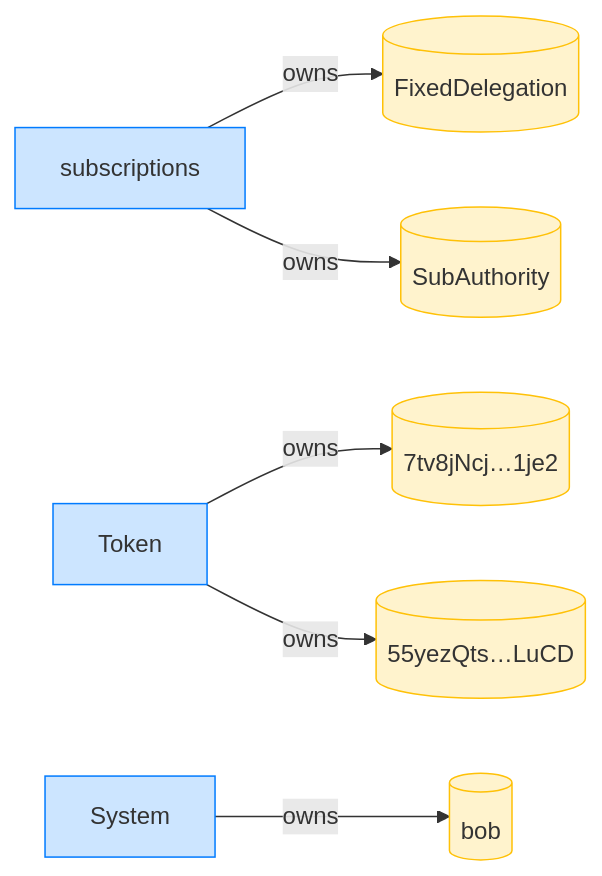
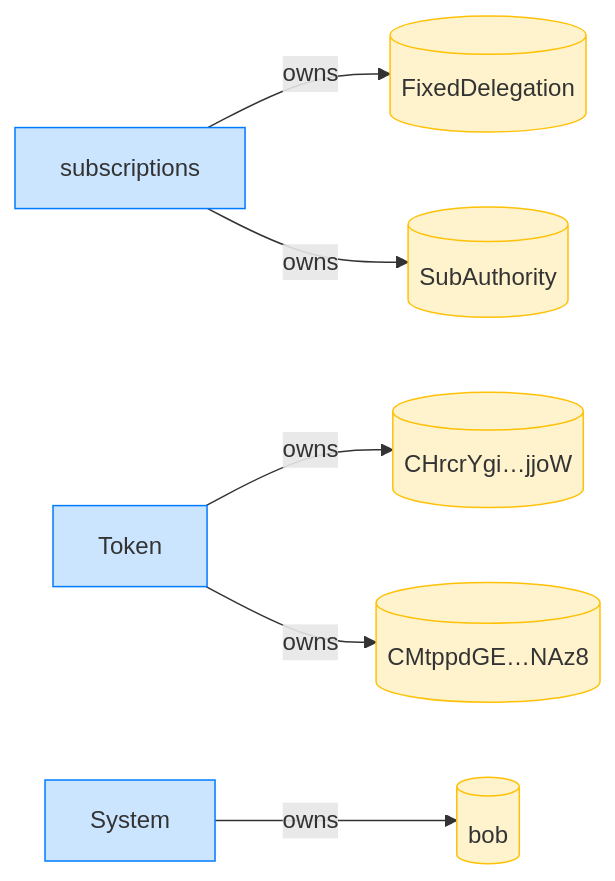
Diagram 12 of 12 in dsl_tests/fixed-transfer-within-the-drift-window-succeeds.md (cds-rs/subscriptions), drawn with Mermaid before and after one commit. The commit also changed other lines of this file and 224 other files, not shown here.

````diff
--- a/dsl_tests/fixed-transfer-within-the-drift-window-succeeds.md
+++ b/dsl_tests/fixed-transfer-within-the-drift-window-succeeds.md
@@ -230,18 +244,18 @@
 ```mermaid
 flowchart LR
     classDef owner fill:#cce5ff,stroke:#007bff;
     classDef account fill:#fff3cd,stroke:#ffc107;
     subscriptions[subscriptions]:::owner
     FixedDelegation[(FixedDelegation)]:::account
     SubAuthority[(SubAuthority)]:::account
     Token[Token]:::owner
-    7tv8jNcj_1je2[("7tv8jNcj…1je2")]:::account
-    55yezQts_LuCD[("55yezQts…LuCD")]:::account
+    CHrcrYgi_jjoW[("CHrcrYgi…jjoW")]:::account
+    CMtppdGE_NAz8[("CMtppdGE…NAz8")]:::account
     System[System]:::owner
     bob[(bob)]:::account
     subscriptions -->|owns| FixedDelegation
     subscriptions -->|owns| SubAuthority
-    Token -->|owns| 7tv8jNcj_1je2
-    Token -->|owns| 55yezQts_LuCD
+    Token -->|owns| CHrcrYgi_jjoW
+    Token -->|owns| CMtppdGE_NAz8
     System -->|owns| bob
 ```
````
